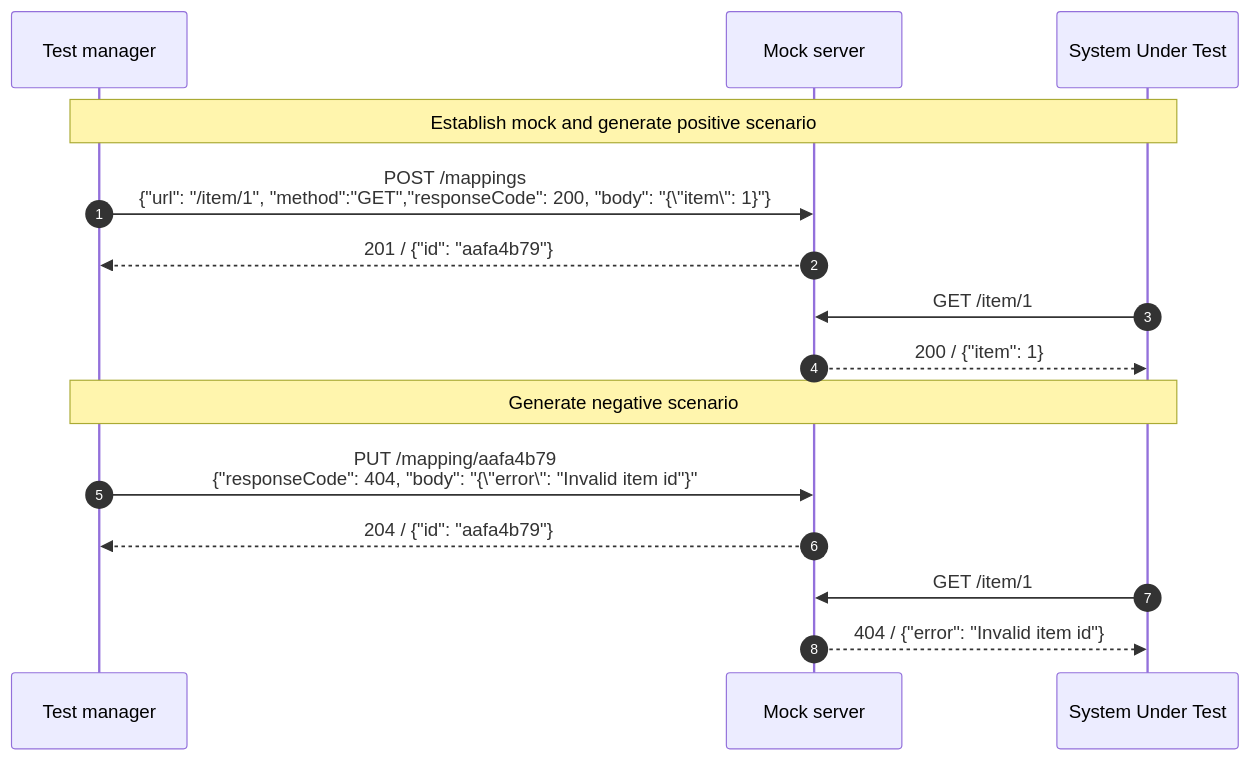
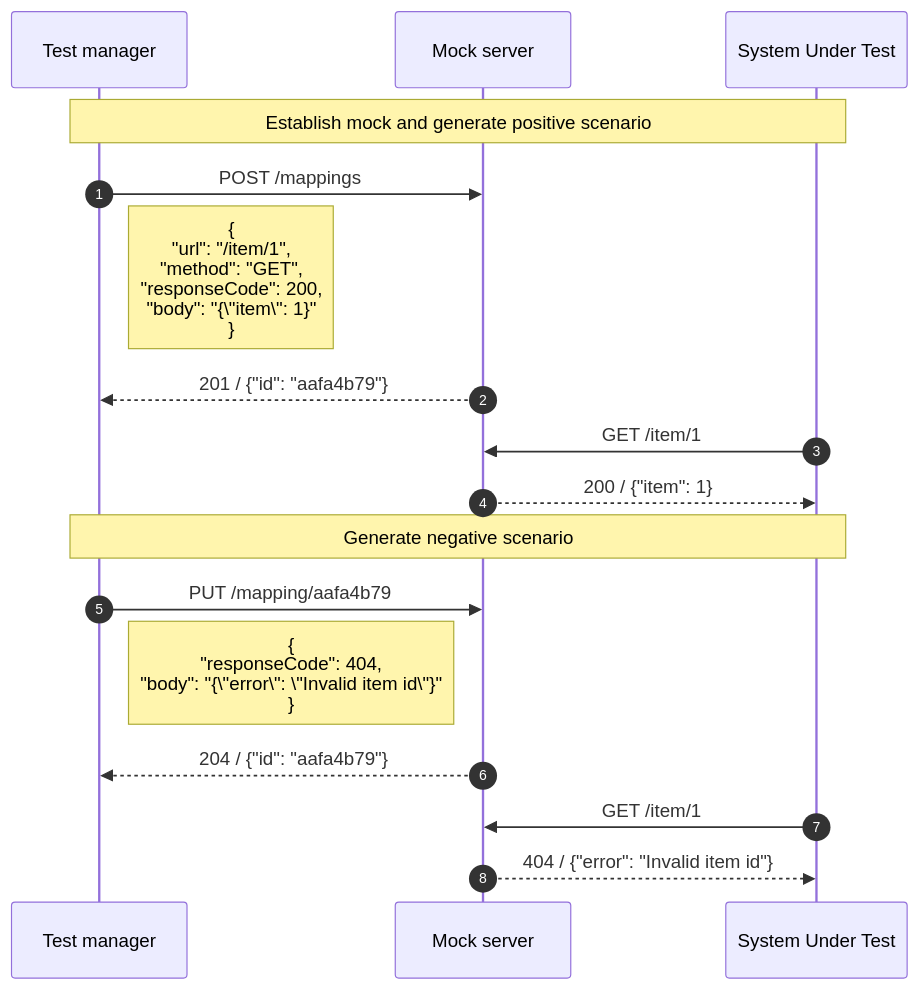
One commit to VerkhovtsovPavel/mock-service changed the diagram in USAGE_FLOW.md. Above: the diagram before and after it, drawn with Mermaid.

````diff
--- a/USAGE_FLOW.md
+++ b/USAGE_FLOW.md
@@ -3,23 +3,25 @@
 ```mermaid
 sequenceDiagram
     autonumber
     participant TM as Test manager
     participant MS as Mock server
     participant SU as System Under Test
 
 Note over TM,SU: Establish mock and generate positive scenario
-TM ->> MS: POST /mappings <br/> {"url": "/item/1", "method":"GET","responseCode": 200, "body": "{\"item\": 1}"}
+TM ->> MS: POST /mappings
+Note right of TM: {<br>"url": "/item/1",<br>"method": "GET",<br>"responseCode": 200,<br>"body": "{\"item\": 1}"<br>}
 
 MS -->> TM : 201 / {"id": "aafa4b79"}
 
 SU ->> MS: GET /item/1
 MS -->> SU: 200 / {"item": 1}
 
 Note over TM,SU: Generate negative scenario
-TM ->> MS: PUT /mapping/aafa4b79 <br/> {"responseCode": 404, "body": "{\"error\": "Invalid item id"}"
+TM ->> MS: PUT /mapping/aafa4b79
+Note right of TM: {<br>"responseCode": 404,<br>"body": "{\"error\": \"Invalid item id\"}"<br>}
 
 MS -->> TM : 204 / {"id": "aafa4b79"}
 
 SU ->> MS: GET /item/1
 MS -->> SU: 404 / {"error": "Invalid item id"}
 ```
````
